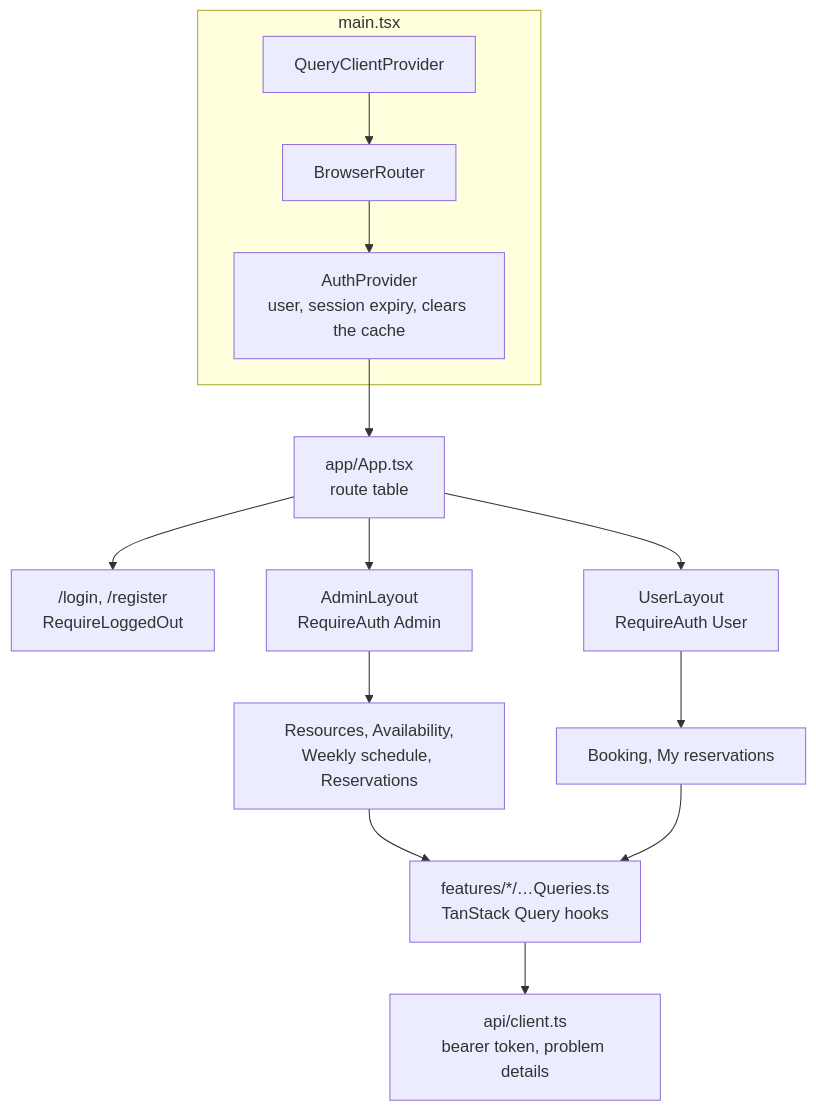
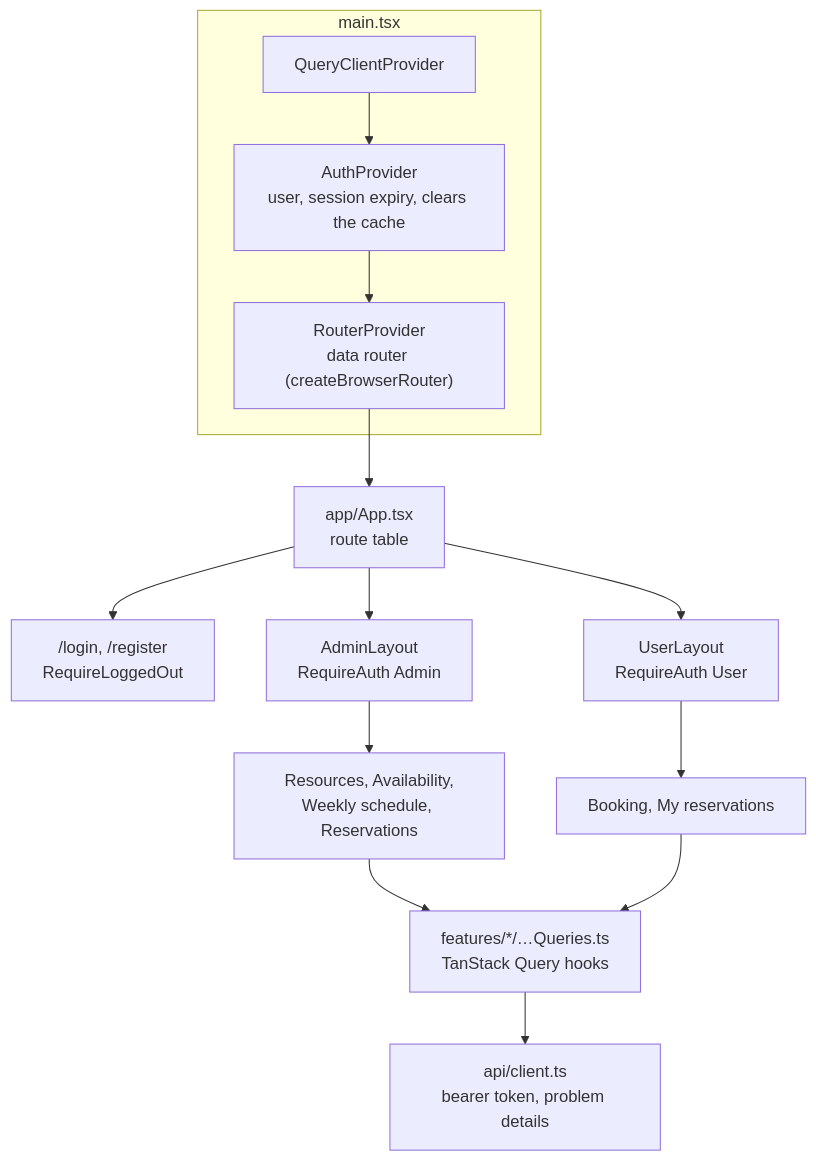
Before and after one commit to Andershgras/resource-reservation-system: the fourth of 4 diagrams in docs/architecture.md, drawn with Mermaid. The commit also changed 4 other files, not shown here.

First line of the commit message:
Run the routes in a data router

````diff
--- a/docs/architecture.md
+++ b/docs/architecture.md
@@ -166,24 +166,24 @@
 ```mermaid
 flowchart TB
     subgraph Providers["main.tsx"]
         QC[QueryClientProvider]
-        BR[BrowserRouter]
         AP["AuthProvider<br/>user, session expiry, clears the cache"]
+        BR["RouterProvider<br/>data router (createBrowserRouter)"]
     end
     App["app/App.tsx<br/>route table"]
     Login["/login, /register<br/>RequireLoggedOut"]
     Admin["AdminLayout<br/>RequireAuth Admin"]
     User["UserLayout<br/>RequireAuth User"]
     AdminPages["Resources, Availability,<br/>Weekly schedule, Reservations"]
     UserPages["Booking, My reservations"]
     Hooks["features/*/…Queries.ts<br/>TanStack Query hooks"]
     Api["api/client.ts<br/>bearer token, problem details"]
 
-    QC --> BR --> AP --> App
+    QC --> AP --> BR --> App
     App --> Login
     App --> Admin --> AdminPages
     App --> User --> UserPages
     AdminPages --> Hooks
     UserPages --> Hooks
     Hooks --> Api
 ```
````
